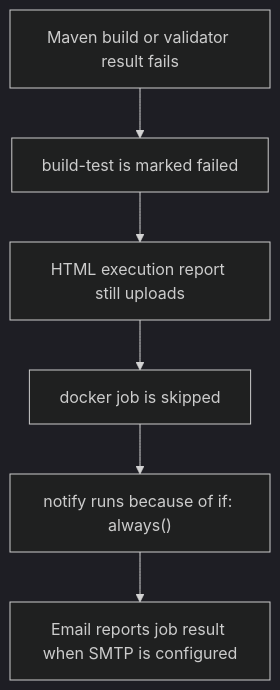
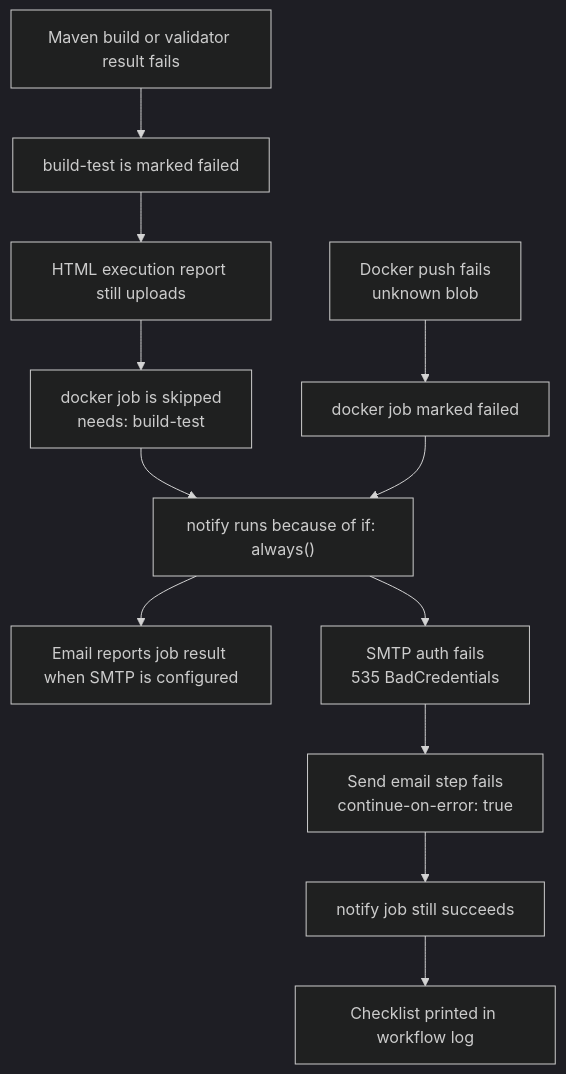
One commit to chaitussm/Java-Project changed the eighth of 14 diagrams in docs/java-e2e-ci-pipeline-guide.md. Above: the diagram before and after it, drawn with Mermaid (dark theme). The commit also changed other lines of this file and 2 other files, not shown here.

First line of the commit message:
Document CI failure causes and resolutions with diagrams

````diff
--- a/docs/java-e2e-ci-pipeline-guide.md
+++ b/docs/java-e2e-ci-pipeline-guide.md
@@ -324,8 +361,16 @@
 ```mermaid
 flowchart TD
     A["Maven build or validator result fails"] --> B["build-test is marked failed"]
     B --> C["HTML execution report still uploads"]
-    C --> D["docker job is skipped"]
+    C --> D["docker job is skipped\nneeds: build-test"]
     D --> E["notify runs because of if: always()"]
     E --> F["Email reports job result when SMTP is configured"]
+
+    G["Docker push fails\nunknown blob"] --> H["docker job marked failed"]
+    H --> E
+
+    I["SMTP auth fails\n535 BadCredentials"] --> J["Send email step fails\ncontinue-on-error: true"]
+    J --> K["notify job still succeeds"]
+    K --> L["Checklist printed in workflow log"]
+    E --> I
 ```
````
